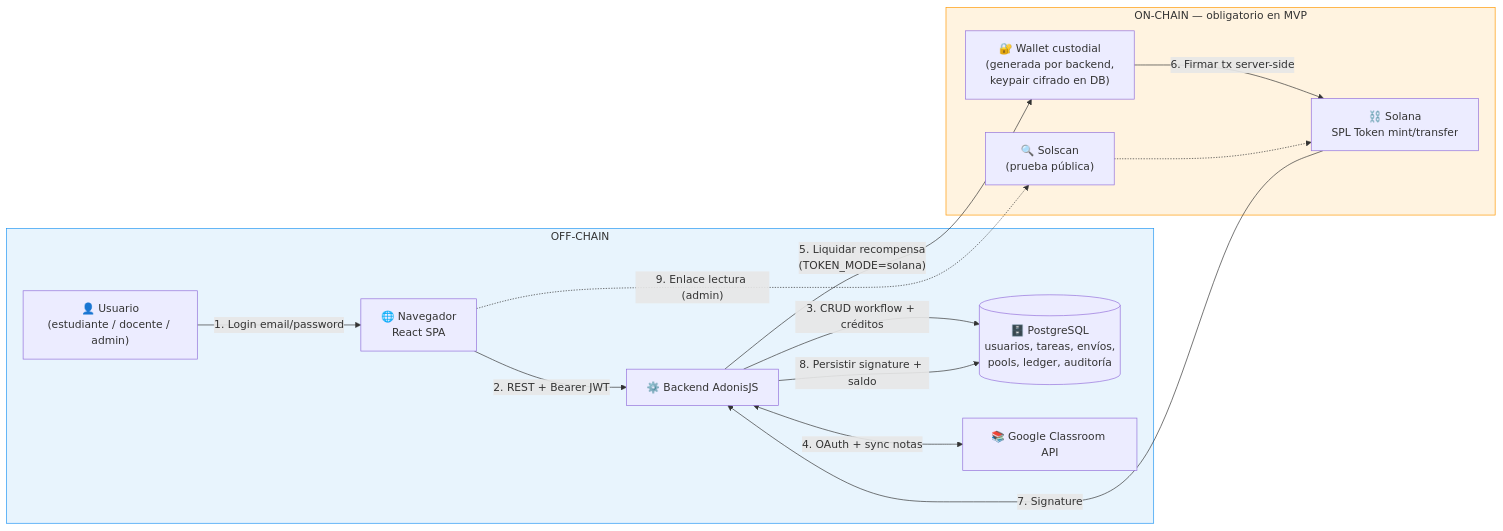
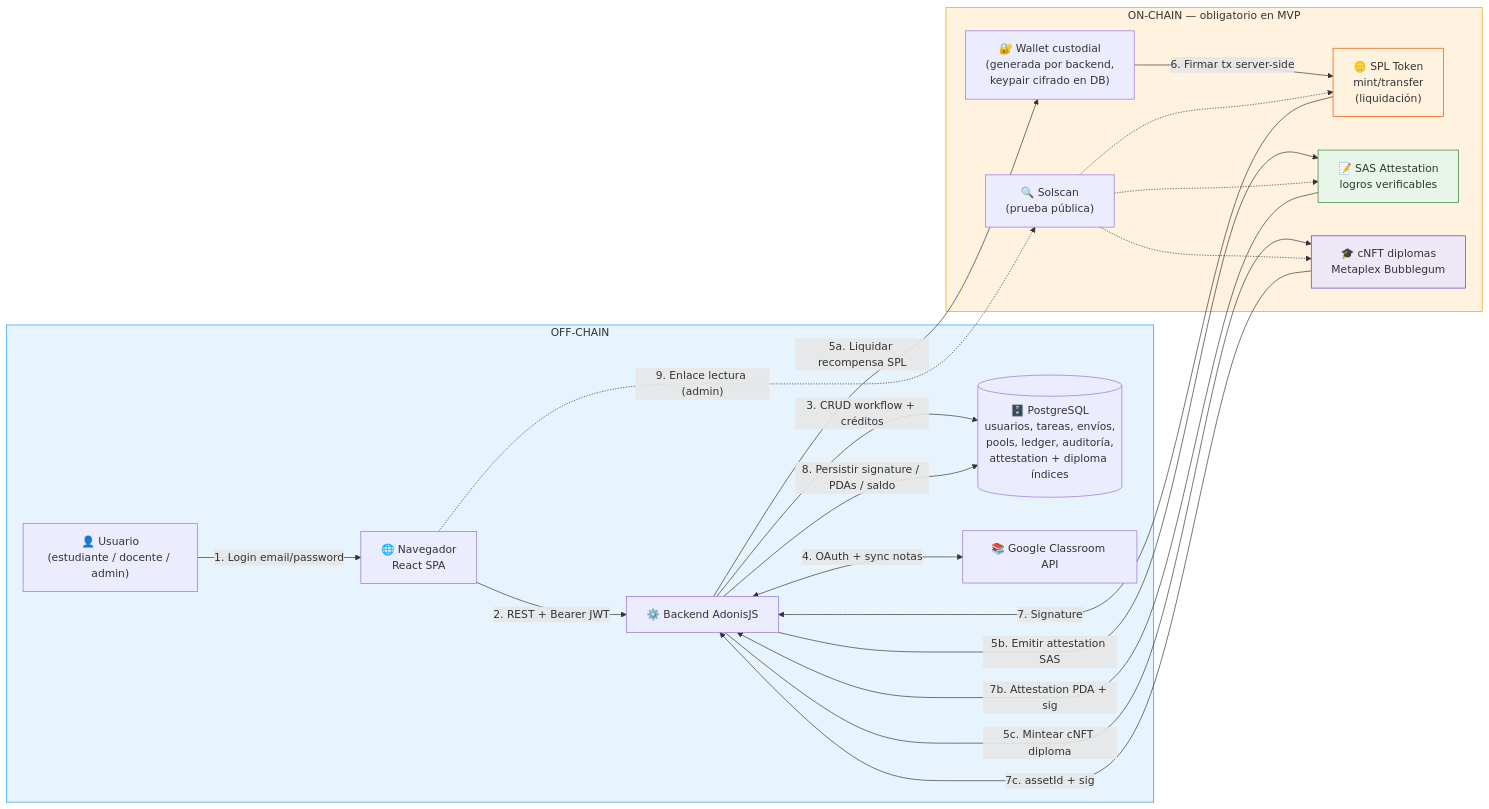
One commit to angeldavid218/scholarfi changed the fourth of 23 diagrams in docs/arquitectura-mvp.md. Above: the diagram before and after it, drawn with Mermaid. The commit also changed other lines of this file and 9 other files, not shown here.

````diff
--- a/docs/arquitectura-mvp.md
+++ b/docs/arquitectura-mvp.md
@@ -217,31 +286,42 @@
 ```mermaid
 flowchart LR
     subgraph OffChain["OFF-CHAIN"]
         U["👤 Usuario\n(estudiante / docente / admin)"]
         Browser["🌐 Navegador\nReact SPA"]
         API["⚙️ Backend AdonisJS"]
-        DB[("🗄️ PostgreSQL\nusuarios, tareas, envíos,\npools, ledger, auditoría")]
+        DB[("🗄️ PostgreSQL\nusuarios, tareas, envíos,\npools, ledger, auditoría,\nattestation + diploma índices")]
         GC["📚 Google Classroom API"]
     end
 
     subgraph OnChain["ON-CHAIN — obligatorio en MVP"]
         W["🔐 Wallet custodial\n(generada por backend,\nkeypair cifrado en DB)"]
-        SOL["⛓️ Solana\nSPL Token mint/transfer"]
+        SPL["🪙 SPL Token\nmint/transfer\n(liquidación)"]
+        SAS["📝 SAS Attestation\nlogros verificables"]
+        CNFT["🎓 cNFT diplomas\nMetaplex Bubblegum"]
         Explorer["🔍 Solscan\n(prueba pública)"]
     end
 
     U -->|"1. Login email/password"| Browser
     Browser -->|"2. REST + Bearer JWT"| API
     API -->|"3. CRUD workflow + créditos"| DB
     API <-->|"4. OAuth + sync notas"| GC
 
-    API -->|"5. Liquidar recompensa\n(TOKEN_MODE=solana)"| W
-    W -->|"6. Firmar tx server-side"| SOL
-    SOL -->|"7. Signature"| API
-    API -->|"8. Persistir signature + saldo"| DB
+    API -->|"5a. Liquidar recompensa SPL"| W
+    API -->|"5b. Emitir attestation SAS"| SAS
+    API -->|"5c. Mintear cNFT diploma"| CNFT
+    W -->|"6. Firmar tx server-side"| SPL
+    SPL -->|"7. Signature"| API
+    SAS -->|"7b. Attestation PDA + sig"| API
+    CNFT -->|"7c. assetId + sig"| API
+    API -->|"8. Persistir signature / PDAs / saldo"| DB
     Browser -.->|"9. Enlace lectura (admin)"| Explorer
-    Explorer -.-> SOL
+    Explorer -.-> SPL
+    Explorer -.-> SAS
+    Explorer -.-> CNFT
 
     style OffChain fill:#e8f4fd,stroke:#2196F3
     style OnChain fill:#fff3e0,stroke:#FF9800
+    style SPL fill:#fff3e0,stroke:#E65100
+    style SAS fill:#e8f5e9,stroke:#2E7D32
+    style CNFT fill:#ede7f6,stroke:#5E35B1
 ```
````
